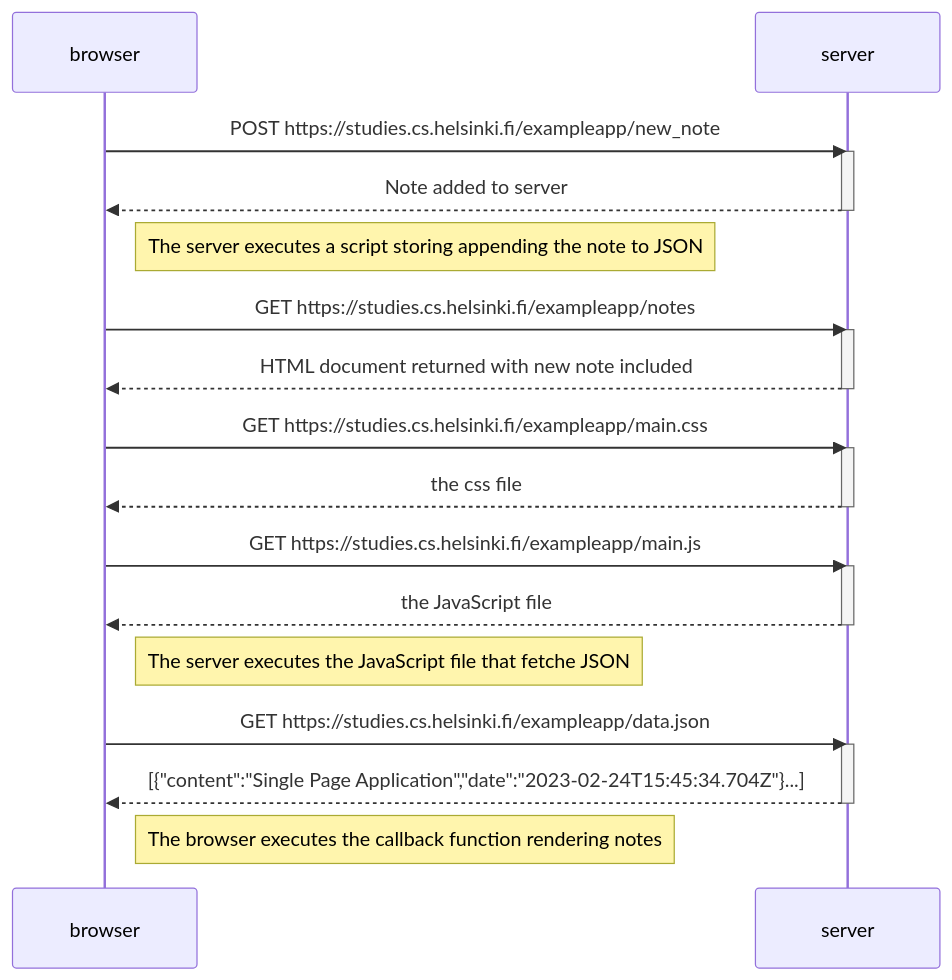
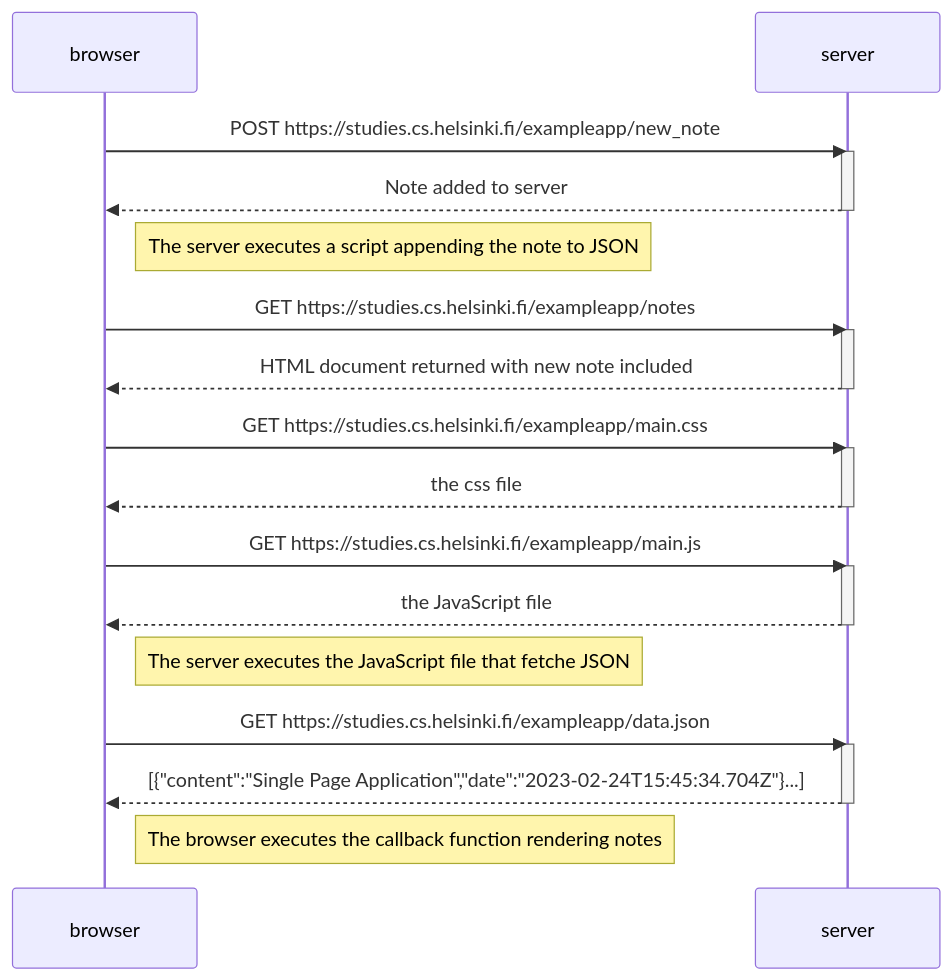
Before and after one commit to adamrichardturner/full-stack-open: the diagram in part0/4-new-note-diagram.md, drawn with Mermaid.

Commit message:
Modified wording

````diff
--- a/part0/4-new-note-diagram.md
+++ b/part0/4-new-note-diagram.md
@@ -1,36 +1,36 @@
 ```mermaid
     sequenceDiagram
         participant browser
         participant server
         
         browser->>server: POST https://studies.cs.helsinki.fi/exampleapp/new_note
         activate server
         server-->>browser: Note added to server
         deactivate server
 
-        Note right of browser: The server executes a script storing appending the note to JSON
+        Note right of browser: The server executes a script appending the note to JSON
         
         browser->>server: GET https://studies.cs.helsinki.fi/exampleapp/notes
         activate server
         server-->>browser: HTML document returned with new note included
         deactivate server
         
         browser->>server: GET https://studies.cs.helsinki.fi/exampleapp/main.css
         activate server
         server-->>browser: the css file
         deactivate server
 
         browser->>server: GET https://studies.cs.helsinki.fi/exampleapp/main.js
         activate server
         server-->>browser: the JavaScript file
         deactivate server
 
         Note right of browser: The server executes the JavaScript file that fetche JSON
         
         browser->>server: GET https://studies.cs.helsinki.fi/exampleapp/data.json
         activate server
         server-->>browser: [{"content":"Single Page Application","date":"2023-02-24T15:45:34.704Z"}...]
         deactivate server    
 
         Note right of browser: The browser executes the callback function rendering notes
 ```
````
